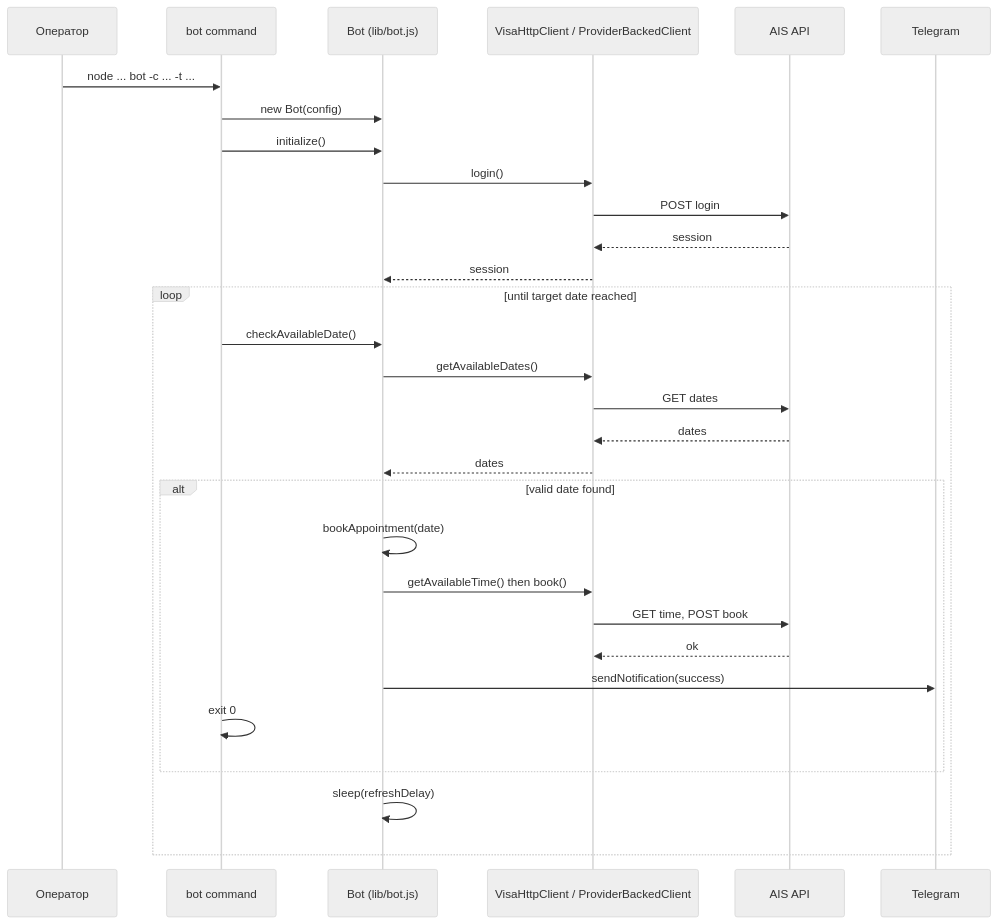
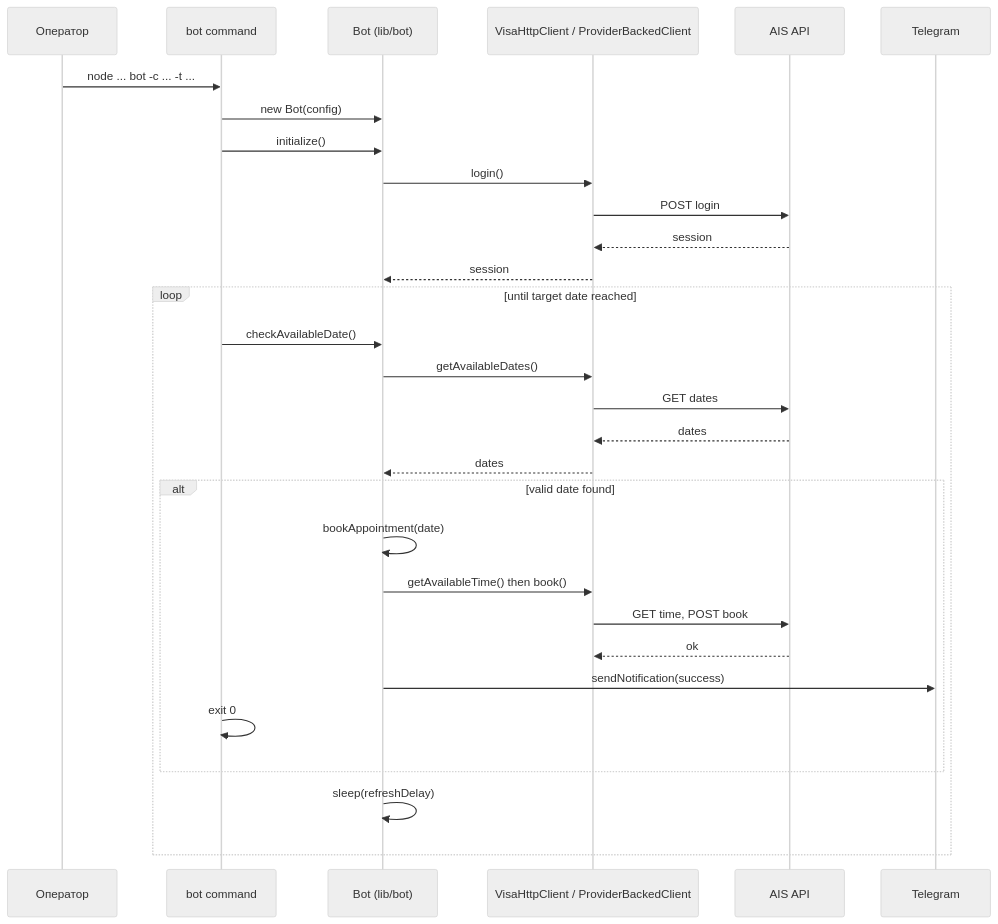
The eighth of 8 diagrams in docs/DIAGRAMS.md (galtsev18/visa_bot), drawn with Mermaid (neutral theme) before and after one commit. The commit also changed other lines of this file and 34 other files, not shown here.

````diff
--- a/docs/DIAGRAMS.md
+++ b/docs/DIAGRAMS.md
@@ -286,34 +290,34 @@
 ```mermaid
 sequenceDiagram
     participant Op as Оператор
     participant CLI as bot command
-    participant Bot as Bot (lib/bot.js)
+    participant Bot as Bot (lib/bot)
     participant Client as VisaHttpClient / ProviderBackedClient
     participant AIS as AIS API
     participant TG as Telegram
 
     Op->>CLI: node ... bot -c ... -t ...
     CLI->>Bot: new Bot(config)
     CLI->>Bot: initialize()
     Bot->>Client: login()
     Client->>AIS: POST login
     AIS-->>Client: session
     Client-->>Bot: session
 
     loop until target date reached
         CLI->>Bot: checkAvailableDate()
         Bot->>Client: getAvailableDates()
         Client->>AIS: GET dates
         AIS-->>Client: dates
         Client-->>Bot: dates
         alt valid date found
             Bot->>Bot: bookAppointment(date)
             Bot->>Client: getAvailableTime() then book()
             Client->>AIS: GET time, POST book
             AIS-->>Client: ok
             Bot->>TG: sendNotification(success)
             CLI->>CLI: exit 0
         end
         Bot->>Bot: sleep(refreshDelay)
     end
 ```
````
